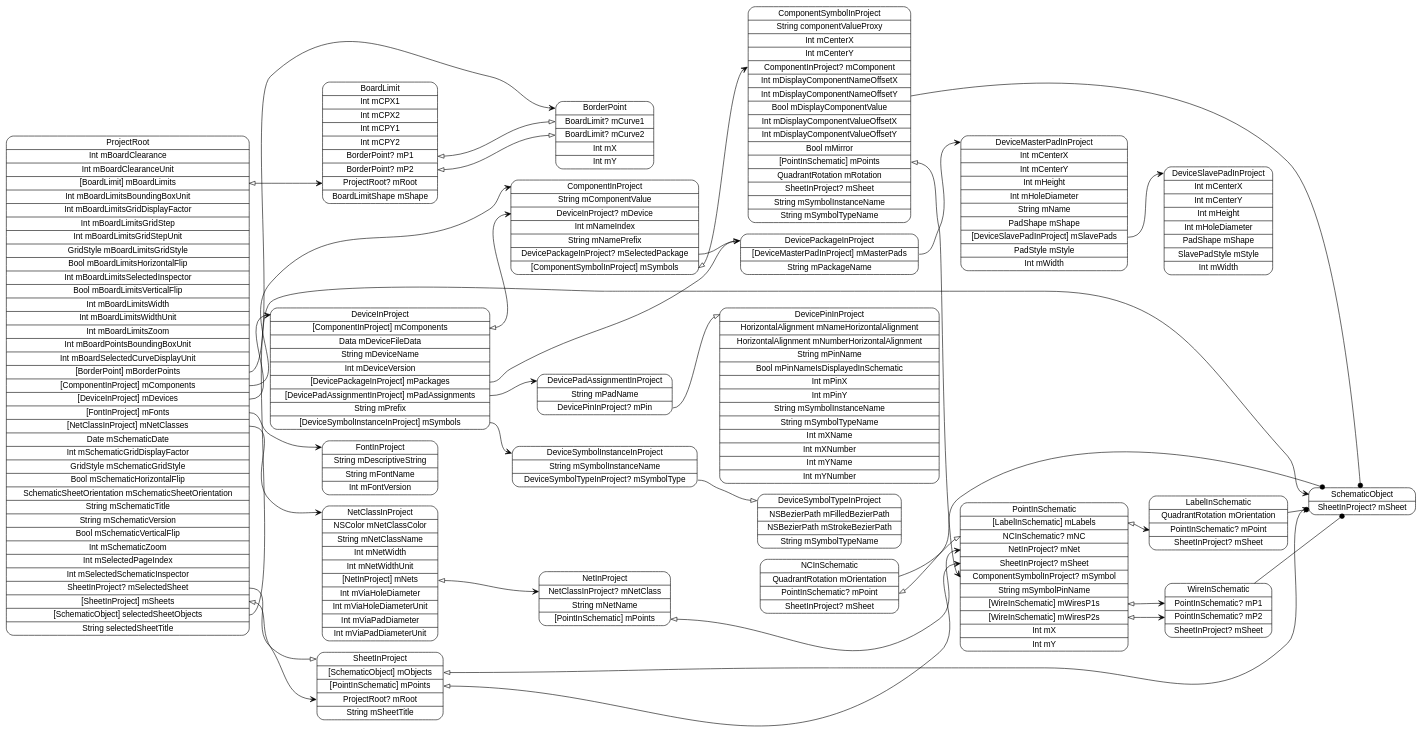
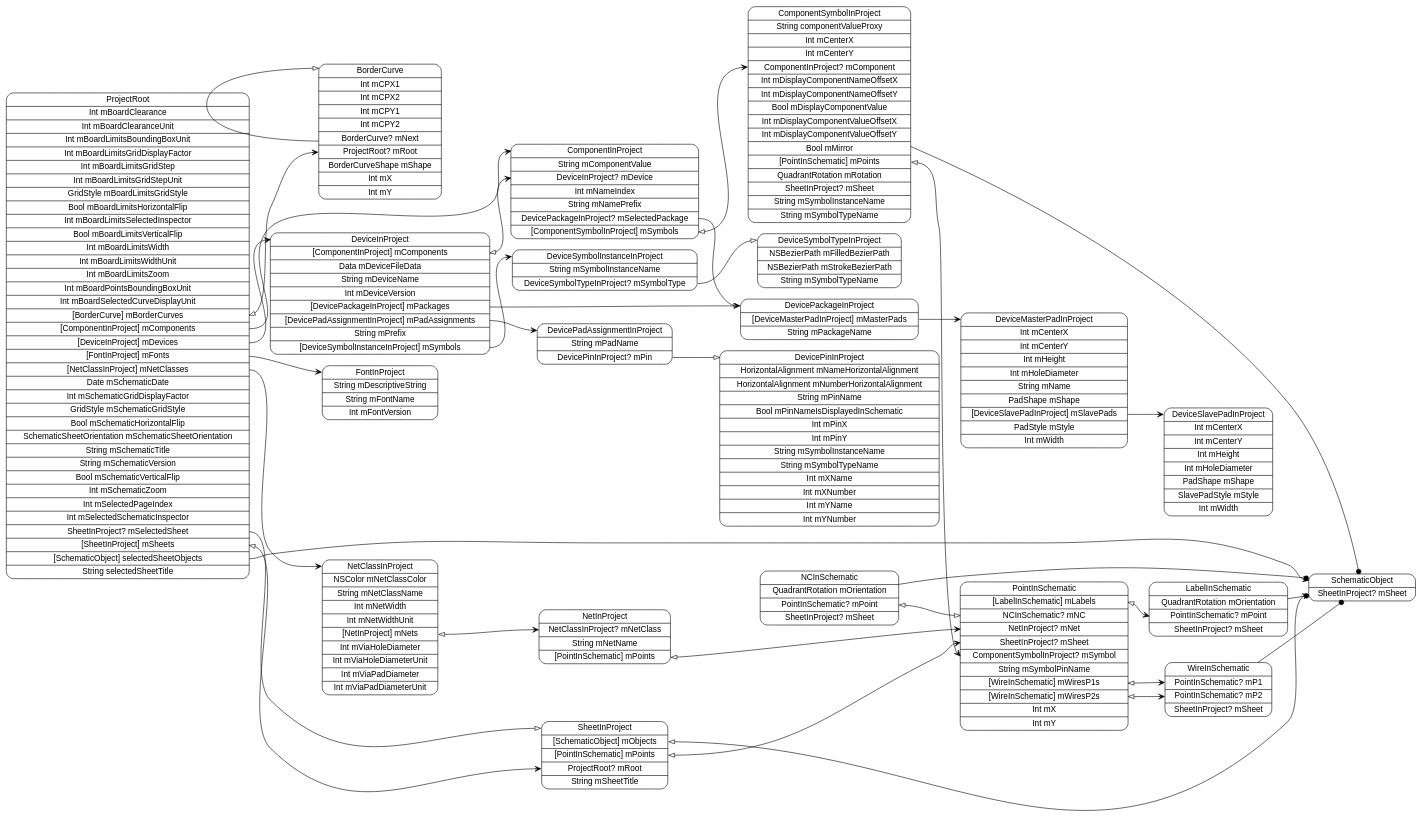
One commit to pierremolinaro/ElCanari-dev changed the diagram in models/ProjectRoot.dot. Above: the diagram before and after it, drawn with Graphviz. The commit also changed 62 other files, not shown here.

```diff
--- a/models/ProjectRoot.dot
+++ b/models/ProjectRoot.dot
@@ -1,60 +1,57 @@
 digraph G {
   rankdir=LR ;
   node [shape=record fontname=helvetica style=rounded] ;
-  ProjectRoot[label="<ProjectRoot>ProjectRoot|Int mBoardClearance|Int mBoardClearanceUnit|<mBoardLimits>[BoardLimit] mBoardLimits|Int mBoardLimitsBoundingBoxUnit|Int mBoardLimitsGridDisplayFactor|Int mBoardLimitsGridStep|Int mBoardLimitsGridStepUnit|GridStyle mBoardLimitsGridStyle|Bool mBoardLimitsHorizontalFlip|Int mBoardLimitsSelectedInspector|Bool mBoardLimitsVerticalFlip|Int mBoardLimitsWidth|Int mBoardLimitsWidthUnit|Int mBoardLimitsZoom|Int mBoardPointsBoundingBoxUnit|Int mBoardSelectedCurveDisplayUnit|<mBorderPoints>[BorderPoint] mBorderPoints|<mComponents>[ComponentInProject] mComponents|<mDevices>[DeviceInProject] mDevices|<mFonts>[FontInProject] mFonts|<mNetClasses>[NetClassInProject] mNetClasses|Date mSchematicDate|Int mSchematicGridDisplayFactor|GridStyle mSchematicGridStyle|Bool mSchematicHorizontalFlip|SchematicSheetOrientation mSchematicSheetOrientation|String mSchematicTitle|String mSchematicVersion|Bool mSchematicVerticalFlip|Int mSchematicZoom|Int mSelectedPageIndex|Int mSelectedSchematicInspector|<mSelectedSheet>SheetInProject? mSelectedSheet|<mSheets>[SheetInProject] mSheets|<selectedSheetObjects>[SchematicObject] selectedSheetObjects|String selectedSheetTitle"] ;
+  ProjectRoot[label="<ProjectRoot>ProjectRoot|Int mBoardClearance|Int mBoardClearanceUnit|Int mBoardLimitsBoundingBoxUnit|Int mBoardLimitsGridDisplayFactor|Int mBoardLimitsGridStep|Int mBoardLimitsGridStepUnit|GridStyle mBoardLimitsGridStyle|Bool mBoardLimitsHorizontalFlip|Int mBoardLimitsSelectedInspector|Bool mBoardLimitsVerticalFlip|Int mBoardLimitsWidth|Int mBoardLimitsWidthUnit|Int mBoardLimitsZoom|Int mBoardPointsBoundingBoxUnit|Int mBoardSelectedCurveDisplayUnit|<mBorderCurves>[BorderCurve] mBorderCurves|<mComponents>[ComponentInProject] mComponents|<mDevices>[DeviceInProject] mDevices|<mFonts>[FontInProject] mFonts|<mNetClasses>[NetClassInProject] mNetClasses|Date mSchematicDate|Int mSchematicGridDisplayFactor|GridStyle mSchematicGridStyle|Bool mSchematicHorizontalFlip|SchematicSheetOrientation mSchematicSheetOrientation|String mSchematicTitle|String mSchematicVersion|Bool mSchematicVerticalFlip|Int mSchematicZoom|Int mSelectedPageIndex|Int mSelectedSchematicInspector|<mSelectedSheet>SheetInProject? mSelectedSheet|<mSheets>[SheetInProject] mSheets|<selectedSheetObjects>[SchematicObject] selectedSheetObjects|String selectedSheetTitle"] ;
   SchematicObject[label="<SchematicObject>SchematicObject|<mSheet>SheetInProject? mSheet"] ;
   SheetInProject[label="<SheetInProject>SheetInProject|<mObjects>[SchematicObject] mObjects|<mPoints>[PointInSchematic] mPoints|<mRoot>ProjectRoot? mRoot|String mSheetTitle"] ;
   PointInSchematic[label="<PointInSchematic>PointInSchematic|<mLabels>[LabelInSchematic] mLabels|<mNC>NCInSchematic? mNC|<mNet>NetInProject? mNet|<mSheet>SheetInProject? mSheet|<mSymbol>ComponentSymbolInProject? mSymbol|String mSymbolPinName|<mWiresP1s>[WireInSchematic] mWiresP1s|<mWiresP2s>[WireInSchematic] mWiresP2s|Int mX|Int mY"] ;
   WireInSchematic[label="<WireInSchematic>WireInSchematic|<mP1>PointInSchematic? mP1|<mP2>PointInSchematic? mP2|<mSheet>SheetInProject? mSheet"] ;
   NCInSchematic[label="<NCInSchematic>NCInSchematic|QuadrantRotation mOrientation|<mPoint>PointInSchematic? mPoint|<mSheet>SheetInProject? mSheet"] ;
   LabelInSchematic[label="<LabelInSchematic>LabelInSchematic|QuadrantRotation mOrientation|<mPoint>PointInSchematic? mPoint|<mSheet>SheetInProject? mSheet"] ;
   NetClassInProject[label="<NetClassInProject>NetClassInProject|NSColor mNetClassColor|String mNetClassName|Int mNetWidth|Int mNetWidthUnit|<mNets>[NetInProject] mNets|Int mViaHoleDiameter|Int mViaHoleDiameterUnit|Int mViaPadDiameter|Int mViaPadDiameterUnit"] ;
   NetInProject[label="<NetInProject>NetInProject|<mNetClass>NetClassInProject? mNetClass|String mNetName|<mPoints>[PointInSchematic] mPoints"] ;
   FontInProject[label="<FontInProject>FontInProject|String mDescriptiveString|String mFontName|Int mFontVersion"] ;
   DeviceInProject[label="<DeviceInProject>DeviceInProject|<mComponents>[ComponentInProject] mComponents|Data mDeviceFileData|String mDeviceName|Int mDeviceVersion|<mPackages>[DevicePackageInProject] mPackages|<mPadAssignments>[DevicePadAssignmentInProject] mPadAssignments|String mPrefix|<mSymbols>[DeviceSymbolInstanceInProject] mSymbols"] ;
   DeviceSymbolInstanceInProject[label="<DeviceSymbolInstanceInProject>DeviceSymbolInstanceInProject|String mSymbolInstanceName|<mSymbolType>DeviceSymbolTypeInProject? mSymbolType"] ;
   DeviceSymbolTypeInProject[label="<DeviceSymbolTypeInProject>DeviceSymbolTypeInProject|NSBezierPath mFilledBezierPath|NSBezierPath mStrokeBezierPath|String mSymbolTypeName"] ;
   DevicePadAssignmentInProject[label="<DevicePadAssignmentInProject>DevicePadAssignmentInProject|String mPadName|<mPin>DevicePinInProject? mPin"] ;
   DevicePinInProject[label="<DevicePinInProject>DevicePinInProject|HorizontalAlignment mNameHorizontalAlignment|HorizontalAlignment mNumberHorizontalAlignment|String mPinName|Bool mPinNameIsDisplayedInSchematic|Int mPinX|Int mPinY|String mSymbolInstanceName|String mSymbolTypeName|Int mXName|Int mXNumber|Int mYName|Int mYNumber"] ;
   DevicePackageInProject[label="<DevicePackageInProject>DevicePackageInProject|<mMasterPads>[DeviceMasterPadInProject] mMasterPads|String mPackageName"] ;
   DeviceMasterPadInProject[label="<DeviceMasterPadInProject>DeviceMasterPadInProject|Int mCenterX|Int mCenterY|Int mHeight|Int mHoleDiameter|String mName|PadShape mShape|<mSlavePads>[DeviceSlavePadInProject] mSlavePads|PadStyle mStyle|Int mWidth"] ;
   DeviceSlavePadInProject[label="<DeviceSlavePadInProject>DeviceSlavePadInProject|Int mCenterX|Int mCenterY|Int mHeight|Int mHoleDiameter|PadShape mShape|SlavePadStyle mStyle|Int mWidth"] ;
   ComponentInProject[label="<ComponentInProject>ComponentInProject|String mComponentValue|<mDevice>DeviceInProject? mDevice|Int mNameIndex|String mNamePrefix|<mSelectedPackage>DevicePackageInProject? mSelectedPackage|<mSymbols>[ComponentSymbolInProject] mSymbols"] ;
   ComponentSymbolInProject[label="<ComponentSymbolInProject>ComponentSymbolInProject|String componentValueProxy|Int mCenterX|Int mCenterY|<mComponent>ComponentInProject? mComponent|Int mDisplayComponentNameOffsetX|Int mDisplayComponentNameOffsetY|Bool mDisplayComponentValue|Int mDisplayComponentValueOffsetX|Int mDisplayComponentValueOffsetY|Bool mMirror|<mPoints>[PointInSchematic] mPoints|QuadrantRotation mRotation|<mSheet>SheetInProject? mSheet|String mSymbolInstanceName|String mSymbolTypeName"] ;
-  BorderPoint[label="<BorderPoint>BorderPoint|<mCurve1>BoardLimit? mCurve1|<mCurve2>BoardLimit? mCurve2|Int mX|Int mY"] ;
-  BoardLimit[label="<BoardLimit>BoardLimit|Int mCPX1|Int mCPX2|Int mCPY1|Int mCPY2|<mP1>BorderPoint? mP1|<mP2>BorderPoint? mP2|<mRoot>ProjectRoot? mRoot|BoardLimitShape mShape"] ;
-  ProjectRoot:mBoardLimits -> BoardLimit:mRoot [dir=both arrowtail=onormal arrowhead=vee] ;
-  ProjectRoot:mBorderPoints -> BorderPoint:BorderPoint [dir=both arrowtail=none arrowhead=vee] ;
+  BorderCurve[label="<BorderCurve>BorderCurve|Int mCPX1|Int mCPX2|Int mCPY1|Int mCPY2|<mNext>BorderCurve? mNext|<mRoot>ProjectRoot? mRoot|BorderCurveShape mShape|Int mX|Int mY"] ;
+  ProjectRoot:mBorderCurves -> BorderCurve:mRoot [dir=both arrowtail=onormal arrowhead=vee] ;
   ProjectRoot:mComponents -> ComponentInProject:ComponentInProject [dir=both arrowtail=none arrowhead=vee] ;
   ProjectRoot:mDevices -> DeviceInProject:DeviceInProject [dir=both arrowtail=none arrowhead=vee] ;
   ProjectRoot:mFonts -> FontInProject:FontInProject [dir=both arrowtail=none arrowhead=vee] ;
   ProjectRoot:mNetClasses -> NetClassInProject:NetClassInProject [dir=both arrowtail=none arrowhead=vee] ;
   ProjectRoot:mSelectedSheet -> SheetInProject:SheetInProject [dir=both arrowtail=none arrowhead=onormal] ;
   ProjectRoot:mSheets -> SheetInProject:mRoot [dir=both arrowtail=onormal arrowhead=vee] ;
   ProjectRoot:selectedSheetObjects -> SchematicObject:SchematicObject [dir=both arrowtail=none arrowhead=vee] ;
   SheetInProject:mObjects -> SchematicObject:mSheet [dir=both arrowtail=onormal arrowhead=vee] ;
   SheetInProject:mPoints -> PointInSchematic:mSheet [dir=both arrowtail=onormal arrowhead=vee] ;
   PointInSchematic:mLabels -> LabelInSchematic:mPoint [dir=both arrowtail=onormal arrowhead=vee] ;
   PointInSchematic:mWiresP1s -> WireInSchematic:mP1 [dir=both arrowtail=onormal arrowhead=vee] ;
   PointInSchematic:mWiresP2s -> WireInSchematic:mP2 [dir=both arrowtail=onormal arrowhead=vee] ;
   WireInSchematic -> SchematicObject [arrowhead=dot] ;
   NCInSchematic -> SchematicObject [arrowhead=dot] ;
   NCInSchematic:mPoint -> PointInSchematic:mNC [dir=both arrowtail=onormal arrowhead=onormal] ;
   LabelInSchematic -> SchematicObject [arrowhead=dot] ;
   NetClassInProject:mNets -> NetInProject:mNetClass [dir=both arrowtail=onormal arrowhead=vee] ;
   NetInProject:mPoints -> PointInSchematic:mNet [dir=both arrowtail=onormal arrowhead=vee] ;
   DeviceInProject:mComponents -> ComponentInProject:mDevice [dir=both arrowtail=onormal arrowhead=vee] ;
   DeviceInProject:mPackages -> DevicePackageInProject:DevicePackageInProject [dir=both arrowtail=none arrowhead=vee] ;
   DeviceInProject:mPadAssignments -> DevicePadAssignmentInProject:DevicePadAssignmentInProject [dir=both arrowtail=none arrowhead=vee] ;
   DeviceInProject:mSymbols -> DeviceSymbolInstanceInProject:DeviceSymbolInstanceInProject [dir=both arrowtail=none arrowhead=vee] ;
   DeviceSymbolInstanceInProject:mSymbolType -> DeviceSymbolTypeInProject:DeviceSymbolTypeInProject [dir=both arrowtail=none arrowhead=onormal] ;
   DevicePadAssignmentInProject:mPin -> DevicePinInProject:DevicePinInProject [dir=both arrowtail=none arrowhead=onormal] ;
   DevicePackageInProject:mMasterPads -> DeviceMasterPadInProject:DeviceMasterPadInProject [dir=both arrowtail=none arrowhead=vee] ;
   DeviceMasterPadInProject:mSlavePads -> DeviceSlavePadInProject:DeviceSlavePadInProject [dir=both arrowtail=none arrowhead=vee] ;
   ComponentInProject:mSelectedPackage -> DevicePackageInProject:DevicePackageInProject [dir=both arrowtail=none arrowhead=onormal] ;
   ComponentInProject:mSymbols -> ComponentSymbolInProject:mComponent [dir=both arrowtail=onormal arrowhead=vee] ;
   ComponentSymbolInProject -> SchematicObject [arrowhead=dot] ;
   ComponentSymbolInProject:mPoints -> PointInSchematic:mSymbol [dir=both arrowtail=onormal arrowhead=vee] ;
-  BoardLimit:mP1 -> BorderPoint:mCurve1 [dir=both arrowtail=onormal arrowhead=onormal] ;
-  BoardLimit:mP2 -> BorderPoint:mCurve2 [dir=both arrowtail=onormal arrowhead=onormal] ;
+  BorderCurve:mNext -> BorderCurve:BorderCurve [dir=both arrowtail=none arrowhead=onormal] ;
 }
```
